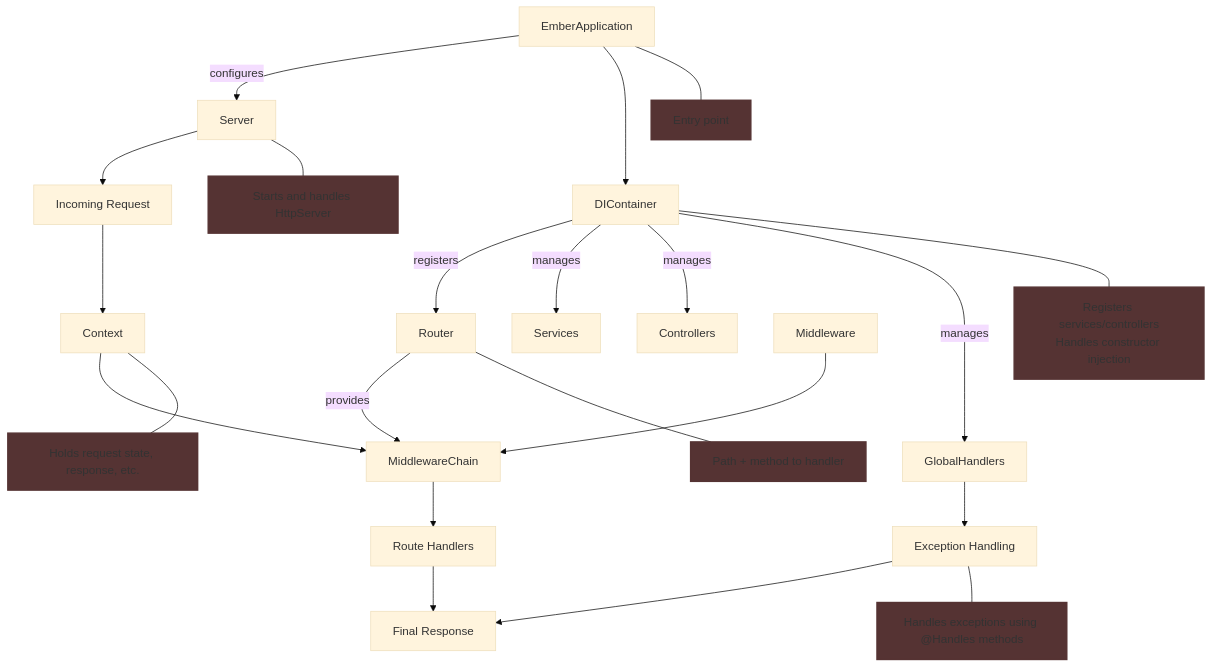
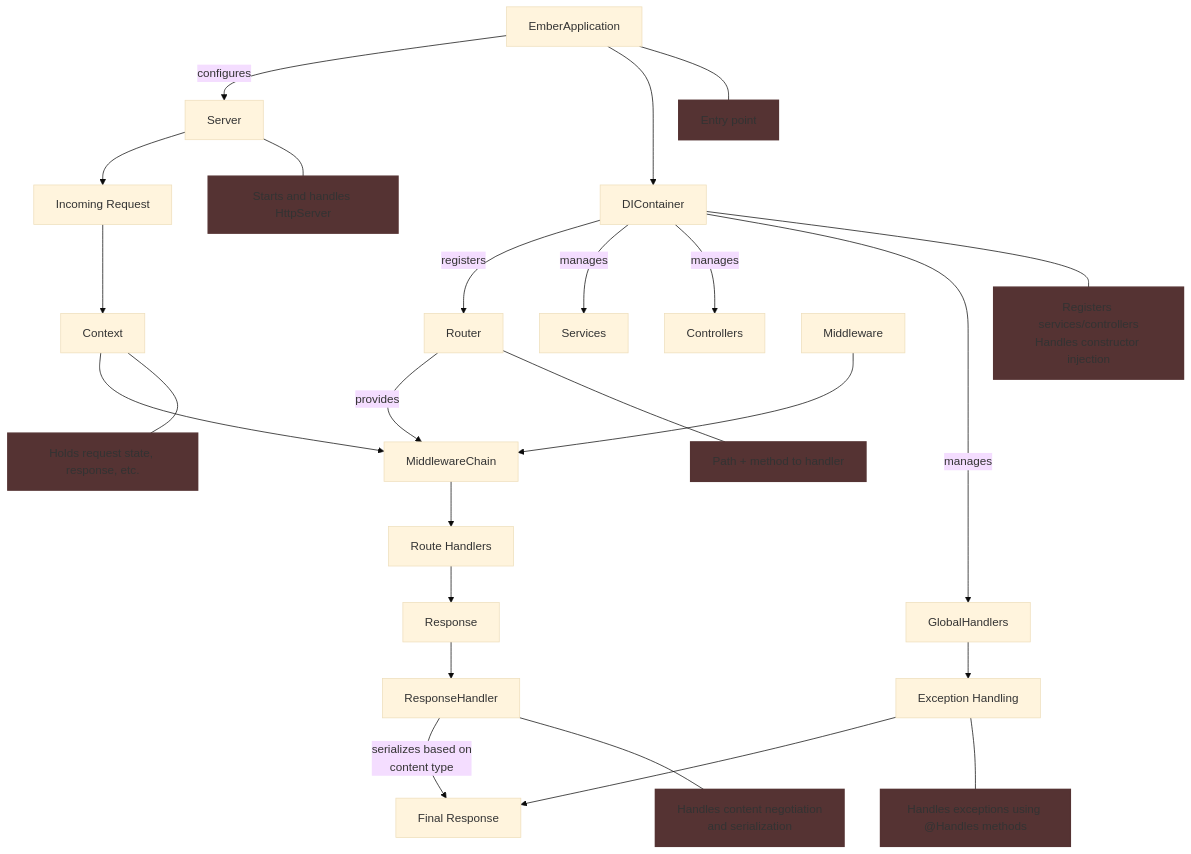
The diagram in README.md (renatompf/ember-project), drawn with Mermaid (base theme) before and after one commit. The commit also changed other lines of this file and 12 other files, not shown here.

First line of the commit message:
Add negotiation content annotations (#18)

````diff
--- a/README.md
+++ b/README.md
@@ -14,33 +14,36 @@
 ```mermaid
 flowchart TB
     G[Server] --> H[Incoming Request]
     H --> I[Context]
     I --> D[MiddlewareChain]
 
     A[EmberApplication] --> |configures| G
     A --> B[DIContainer]
 
     B --> |registers| C[Router]
     B --> |manages| Services[Services]
     B --> |manages| Controllers[Controllers]
     B -->|manages| Handlers[GlobalHandlers]
 
     E[Middleware] --> D
     C --> |provides| D
     D --> F[Route Handlers]
-    F --> J[Final Response]
+    F --> R[Response]
+    R --> RH[ResponseHandler]
+    RH --> |serializes based on<br/>content type| J[Final Response]
     Handlers --> K[Exception Handling]
     K --> J
 
 %% Add notes/descriptions
     A --- Note1[Entry point]
     B --- Note2[Registers services/controllers<br/>Handles constructor injection]
     C --- Note3[Path + method to handler]
     G --- Note4[Starts and handles HttpServer]
     I --- Note5[Holds request state, response, etc.]
     K --- Note6[Handles exceptions using @Handles methods]
+RH --- Note7[Handles content negotiation<br/>and serialization]
 
 %% Styling
-    classDef note fill:#533,stroke:#533,stroke-width:2px
-    class Note1,Note2,Note3,Note4,Note5,Note6 note
+classDef note fill:#533,stroke:#533,stroke-width:2px
+class Note1,Note2,Note3,Note4,Note5,Note6,Note7 note
 ```
````
